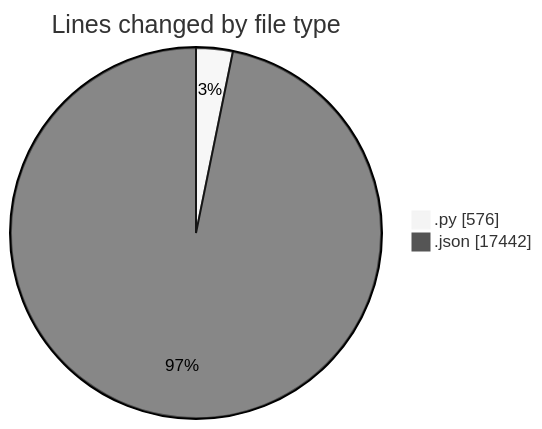
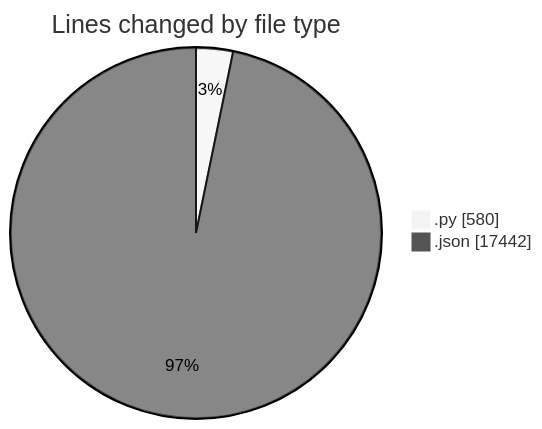
Before and after one commit to MatusMokan/code-tracking: the first of 2 diagrams in 2025-10-25/untitled__workspace_/README.md, drawn with Mermaid (neutral theme). The commit also changed other lines of this file and 1 other file, not shown here.

````diff
--- a/2025-10-25/untitled__workspace_/README.md
+++ b/2025-10-25/untitled__workspace_/README.md
@@ -21,6 +21,6 @@
 ```mermaid
 pie showData
 title Lines changed by file type
-".py" : 576
+".py" : 580
 ".json" : 17442
 ```
````
